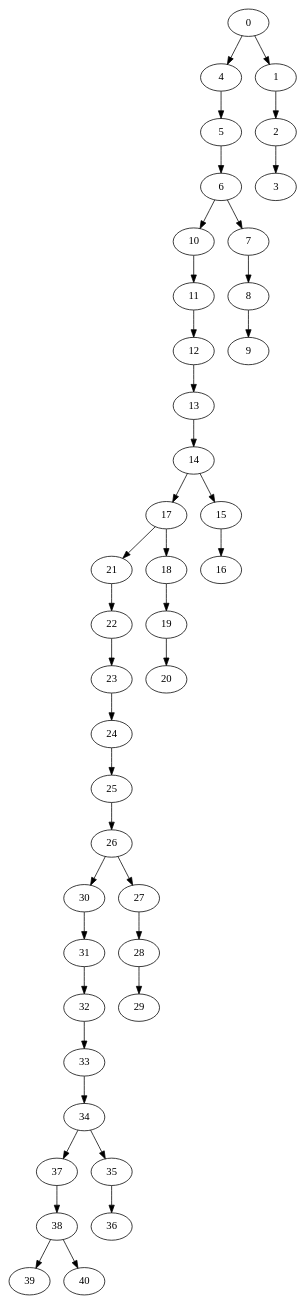
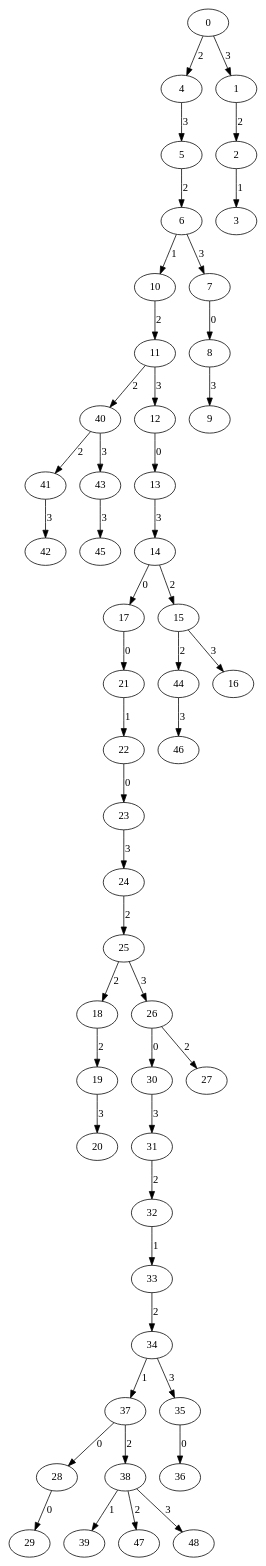
Before and after one commit to lucasduartec/DCC014: the diagram in tree.dot, drawn with Graphviz. The commit also changed 3 other files, not shown here.

```diff
--- a/tree.dot
+++ b/tree.dot
@@ -1,83 +1,100 @@
-digraph tree {
+strict digraph tree {
+rankdir=TB;
   0 [label="0"];
   4 [label="4"];
   5 [label="5"];
   6 [label="6"];
   10 [label="10"];
   11 [label="11"];
+  40 [label="40"];
+  41 [label="41"];
+  42 [label="42"];
+  41 -> 42 [label="3"];
+  43 [label="43"];
+  45 [label="45"];
+  43 -> 45 [label="3"];
+  40 -> 41 [label="2"];
+  40 -> 43 [label="3"];
   12 [label="12"];
   13 [label="13"];
   14 [label="14"];
   17 [label="17"];
   21 [label="21"];
   22 [label="22"];
   23 [label="23"];
   24 [label="24"];
   25 [label="25"];
+  18 [label="18"];
+  19 [label="19"];
+  20 [label="20"];
+  19 -> 20 [label="3"];
+  18 -> 19 [label="2"];
   26 [label="26"];
   30 [label="30"];
   31 [label="31"];
   32 [label="32"];
   33 [label="33"];
   34 [label="34"];
   37 [label="37"];
+  28 [label="28"];
+  29 [label="29"];
+  28 -> 29 [label="0"];
   38 [label="38"];
   39 [label="39"];
-  40 [label="40"];
-  38 -> 39;
-  38 -> 40;
-  37 -> 38;
+  47 [label="47"];
+  48 [label="48"];
+  38 -> 39 [label="1"];
+  38 -> 47 [label="2"];
+  38 -> 48 [label="3"];
+  37 -> 28 [label="0"];
+  37 -> 38 [label="2"];
   35 [label="35"];
   36 [label="36"];
-  35 -> 36;
-  34 -> 37;
-  34 -> 35;
-  33 -> 34;
-  32 -> 33;
-  31 -> 32;
-  30 -> 31;
+  35 -> 36 [label="0"];
+  34 -> 37 [label="1"];
+  34 -> 35 [label="3"];
+  33 -> 34 [label="2"];
+  32 -> 33 [label="1"];
+  31 -> 32 [label="2"];
+  30 -> 31 [label="3"];
   27 [label="27"];
-  28 [label="28"];
-  29 [label="29"];
-  28 -> 29;
-  27 -> 28;
-  26 -> 30;
-  26 -> 27;
-  25 -> 26;
-  24 -> 25;
-  23 -> 24;
-  22 -> 23;
-  21 -> 22;
-  18 [label="18"];
-  19 [label="19"];
-  20 [label="20"];
-  19 -> 20;
-  18 -> 19;
-  17 -> 21;
-  17 -> 18;
+  26 -> 30 [label="0"];
+  26 -> 27 [label="2"];
+  25 -> 18 [label="2"];
+  25 -> 26 [label="3"];
+  24 -> 25 [label="2"];
+  23 -> 24 [label="3"];
+  22 -> 23 [label="0"];
+  21 -> 22 [label="1"];
+  17 -> 21 [label="0"];
   15 [label="15"];
+  44 [label="44"];
+  46 [label="46"];
+  44 -> 46 [label="3"];
   16 [label="16"];
-  15 -> 16;
-  14 -> 17;
-  14 -> 15;
-  13 -> 14;
-  12 -> 13;
-  11 -> 12;
-  10 -> 11;
+  15 -> 44 [label="2"];
+  15 -> 16 [label="3"];
+  14 -> 17 [label="0"];
+  14 -> 15 [label="2"];
+  13 -> 14 [label="3"];
+  12 -> 13 [label="0"];
+  11 -> 40 [label="2"];
+  11 -> 12 [label="3"];
+  10 -> 11 [label="2"];
   7 [label="7"];
   8 [label="8"];
   9 [label="9"];
-  8 -> 9;
-  7 -> 8;
-  6 -> 10;
-  6 -> 7;
-  5 -> 6;
-  4 -> 5;
+  8 -> 9 [label="3"];
+  7 -> 8 [label="0"];
+  6 -> 10 [label="1"];
+  6 -> 7 [label="3"];
+  5 -> 6 [label="2"];
+  4 -> 5 [label="3"];
   1 [label="1"];
   2 [label="2"];
   3 [label="3"];
-  2 -> 3;
-  1 -> 2;
-  0 -> 4;
-  0 -> 1;
+  2 -> 3 [label="1"];
+  1 -> 2 [label="2"];
+  0 -> 4 [label="2"];
+  0 -> 1 [label="3"];
 }
```
